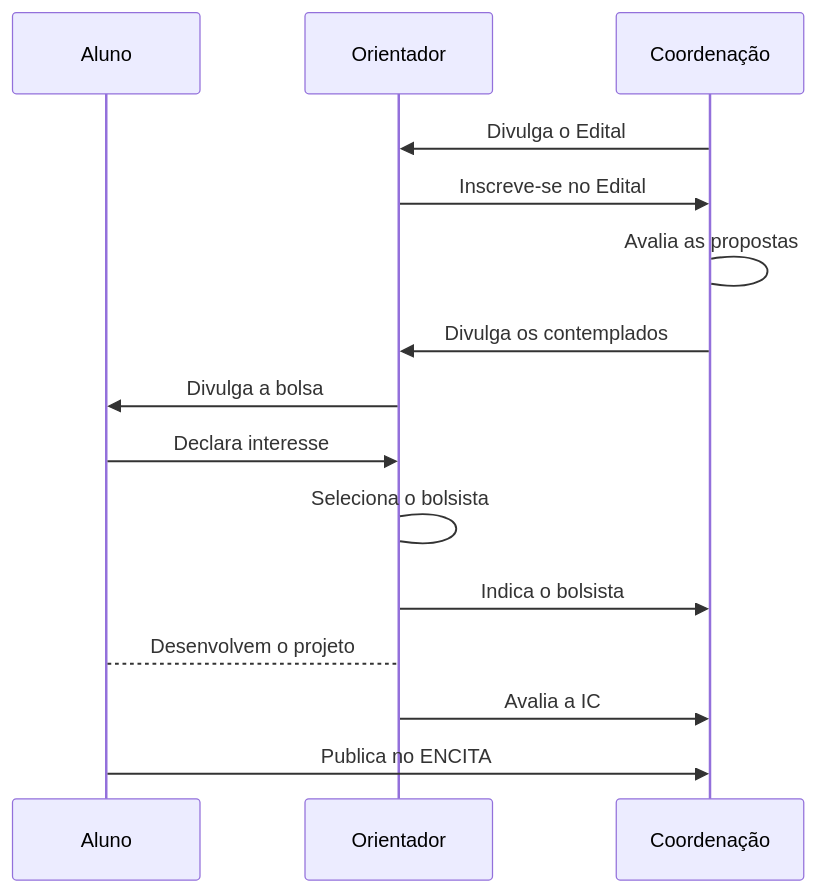
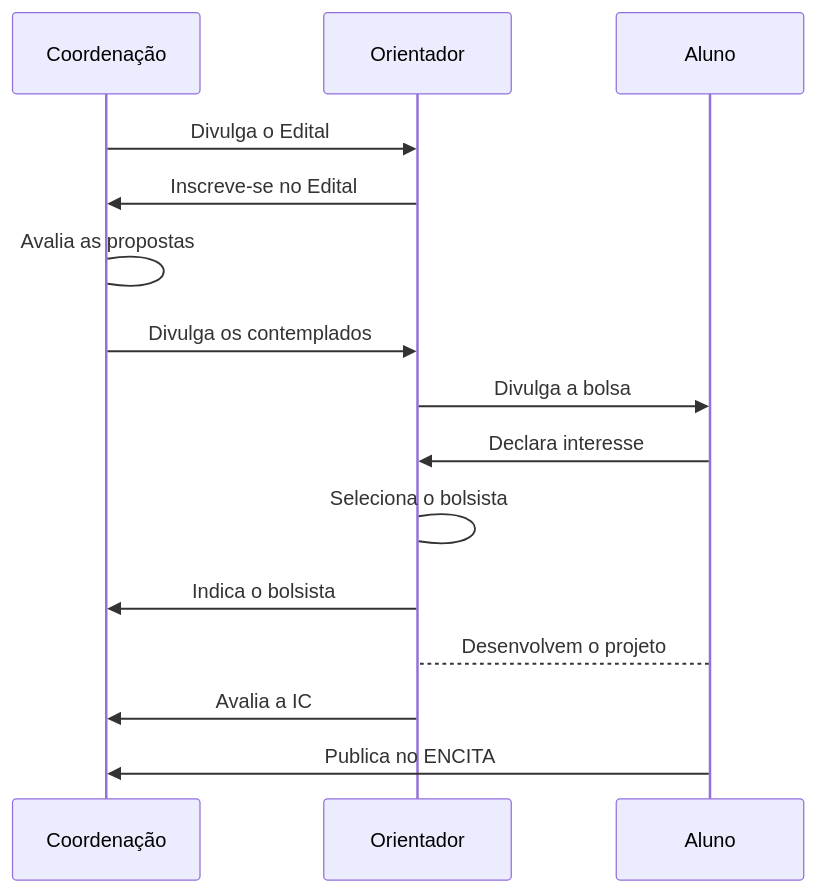
Before and after one commit to SarahNegreiros/paic: the diagram in content/project/pibic/index.md, drawn with Mermaid. The commit also changed other lines of this file and 7 other files, not shown here.

````diff
--- a/content/project/pibic/index.md
+++ b/content/project/pibic/index.md
@@ -27,17 +31,17 @@
 ```mermaid
 sequenceDiagram
+  participant Coordenação
+  participant Orientador
   participant Aluno
-  participant Orientador
-  participant Coordenação
   Coordenação->>Orientador: Divulga o Edital
   Orientador->>Coordenação: Inscreve-se no Edital
   Coordenação->Coordenação: Avalia as propostas
   Coordenação->>Orientador: Divulga os contemplados
   Orientador->>Aluno: Divulga a bolsa
   Aluno->>Orientador: Declara interesse
   Orientador->Orientador: Seleciona o bolsista
   Orientador->>Coordenação: Indica o bolsista
   Aluno-->Orientador: Desenvolvem o projeto
   Orientador->>Coordenação: Avalia a IC
   Aluno->>Coordenação: Publica no ENCITA
 ```
````
